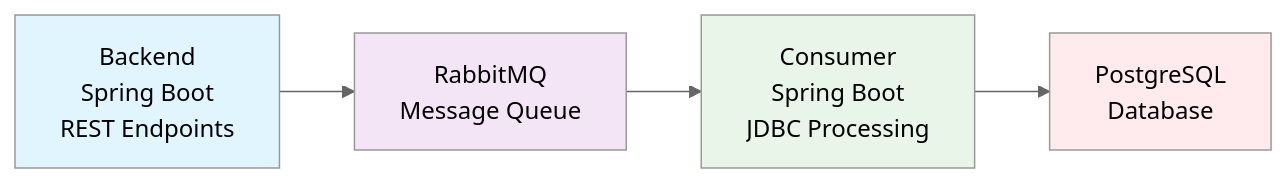
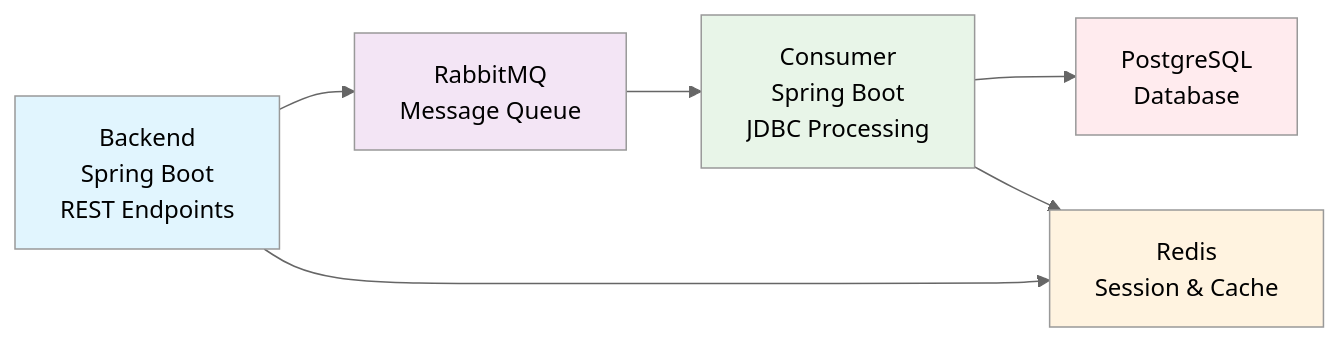
Before and after one commit to Vinskao/ty-multiverse-backend: diagram 11 of 11 in README.md, drawn with Mermaid (neutral theme). The commit also changed other lines of this file and 7 other files, not shown here.

````diff
--- a/README.md
+++ b/README.md
@@ -486,16 +504,21 @@
 ```mermaid
 graph LR
     A[Backend<br/>Spring Boot<br/>REST Endpoints] --> B[RabbitMQ<br/>Message Queue]
     B --> C[Consumer<br/>Spring Boot<br/>JDBC Processing]
     C --> D[PostgreSQL<br/>Database]
     
+    A --> E[Redis<br/>Session & Cache]
+    C --> E
+    
     classDef producer fill:#e1f5fe
     classDef mq fill:#f3e5f5
     classDef consumer fill:#e8f5e8
     classDef database fill:#ffebee
+    classDef cache fill:#fff3e0
     
     class A producer
     class B mq
     class C consumer
     class D database
+    class E cache
 ```
````
